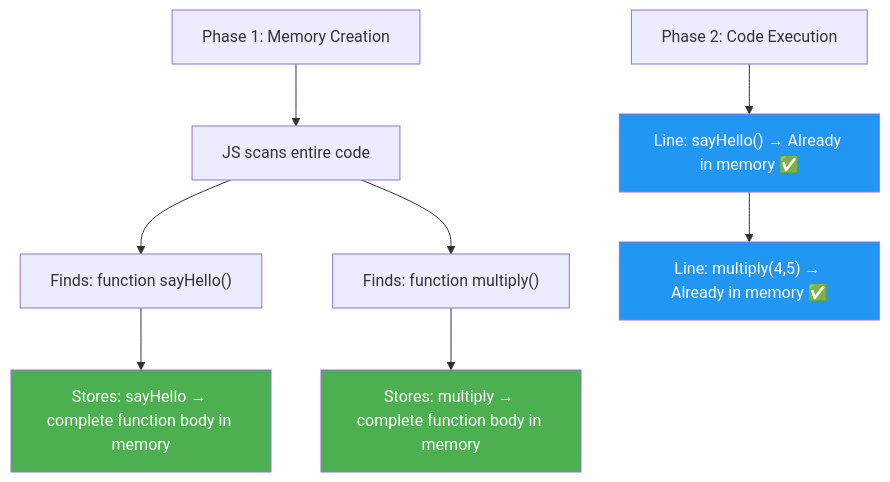
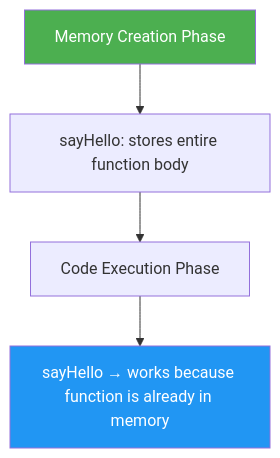
Before and after one commit to Kshitijgul/Notes: the fifth of 30 diagrams in Javascript/Chapter5_Functions.md, drawn with Mermaid. The commit also changed other lines of this file and 1 other file, not shown here.

````diff
--- a/Javascript/Chapter5_Functions.md
+++ b/Javascript/Chapter5_Functions.md
@@ -544,16 +248,9 @@
 ```mermaid
 flowchart TD
-    A["Phase 1: Memory Creation"] --> B["JS scans entire code"]
-    B --> C["Finds: function sayHello()"]
-    C --> D["Stores: sayHello → complete function body in memory"]
-    B --> E["Finds: function multiply()"]
-    E --> F["Stores: multiply → complete function body in memory"]
-    
-    G["Phase 2: Code Execution"] --> H["Line: sayHello() → Already in memory ✅"]
-    H --> I["Line: multiply(4,5) → Already in memory ✅"]
-    
-    style D fill:#4CAF50,color:white
-    style F fill:#4CAF50,color:white
-    style H fill:#2196F3,color:white
-    style I fill:#2196F3,color:white
+    A["Memory Creation Phase"] --> B["sayHello: stores entire function body"]
+    B --> C["Code Execution Phase"]
+    C --> D["sayHello → works because function is already in memory"]
+
+    style A fill:#4CAF50,color:white
+    style D fill:#2196F3,color:white
 ```
````
